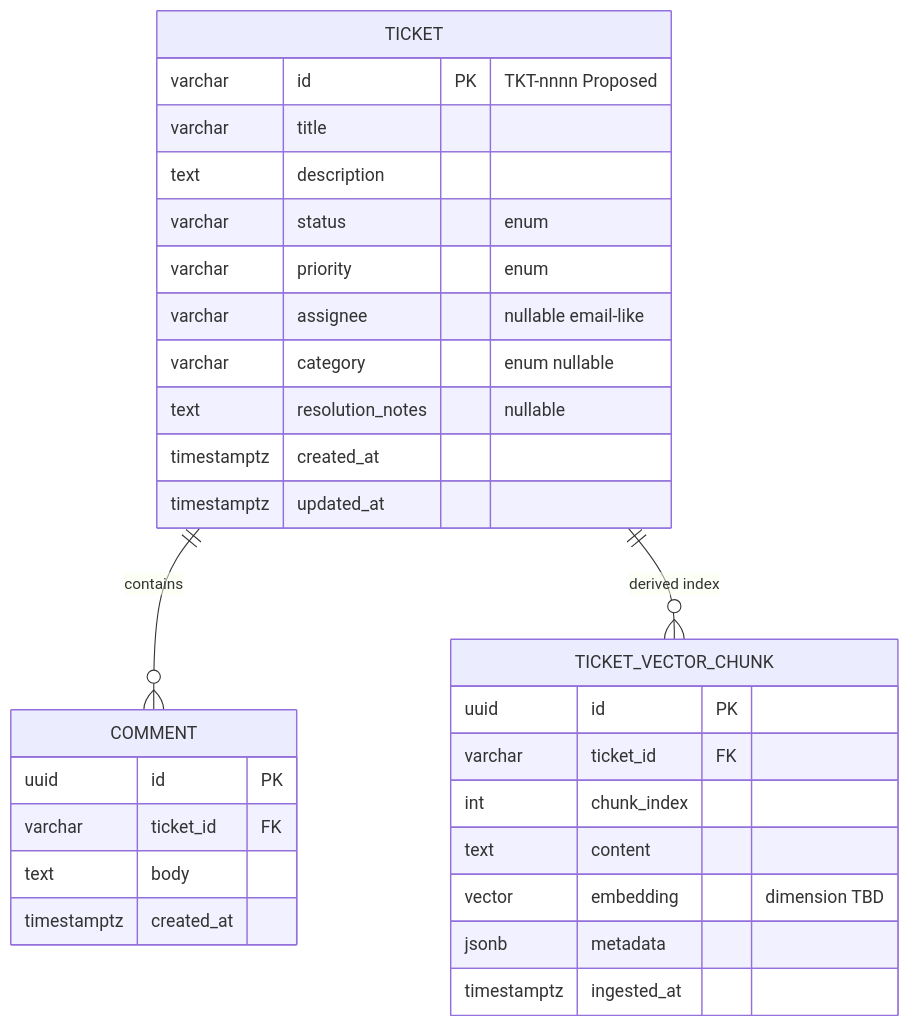
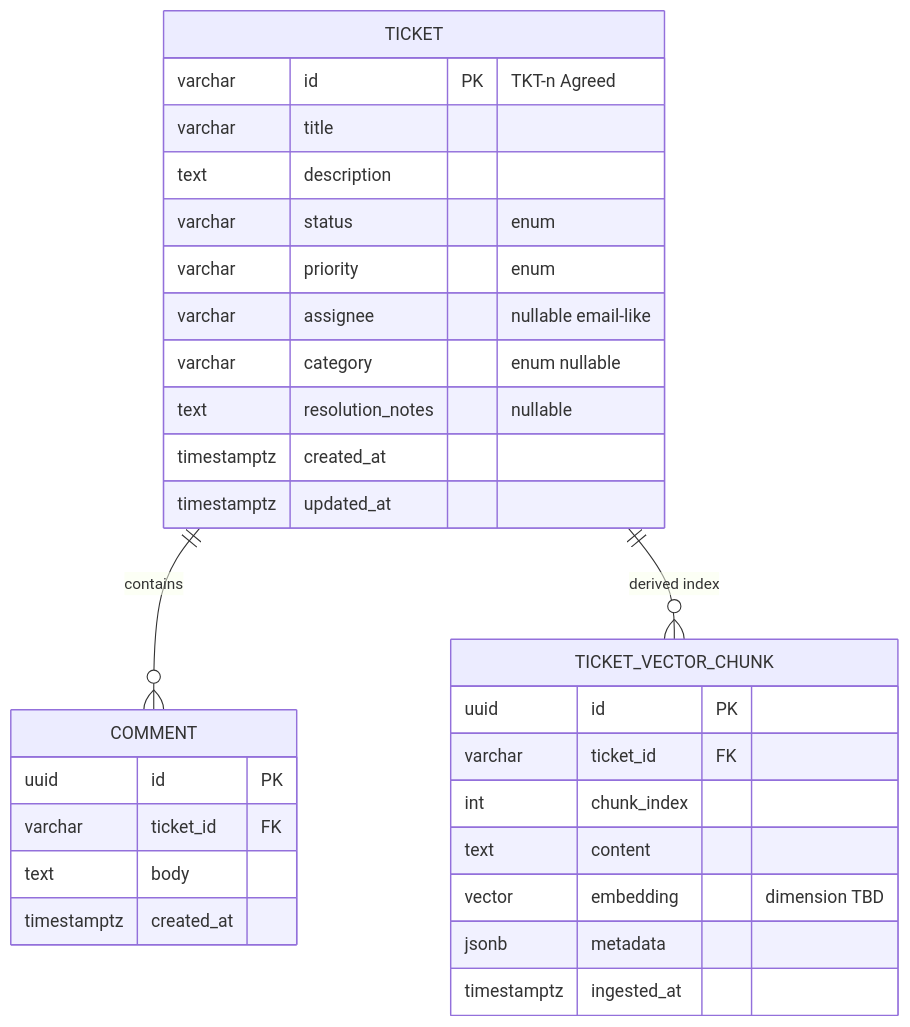
One commit to vishnuaggarwal23/ticket-management changed the first of 3 diagrams in spec/data-model.md. Above: the diagram before and after it, drawn with Mermaid. The commit also changed other lines of this file and 14 other files, not shown here.

````diff
--- a/spec/data-model.md
+++ b/spec/data-model.md
@@ -106,35 +106,35 @@
 ```mermaid
 erDiagram
   TICKET ||--o{ COMMENT : contains
   TICKET ||--o{ TICKET_VECTOR_CHUNK : "derived index"
 
   TICKET {
-    varchar id PK "TKT-nnnn Proposed"
+    varchar id PK "TKT-n Agreed"
     varchar title
     text description
     varchar status "enum"
     varchar priority "enum"
     varchar assignee "nullable email-like"
     varchar category "enum nullable"
     text resolution_notes "nullable"
     timestamptz created_at
     timestamptz updated_at
   }
 
   COMMENT {
     uuid id PK
     varchar ticket_id FK
     text body
     timestamptz created_at
   }
 
   TICKET_VECTOR_CHUNK {
     uuid id PK
     varchar ticket_id FK
     int chunk_index
     text content
     vector embedding "dimension TBD"
     jsonb metadata
     timestamptz ingested_at
   }
 ```
````
